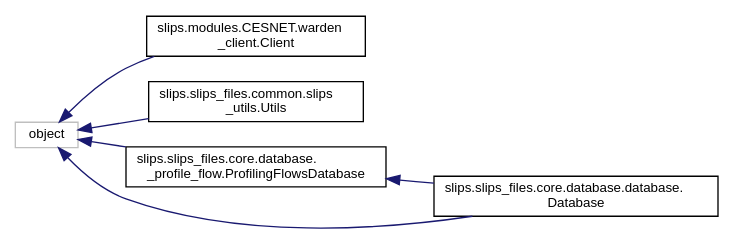
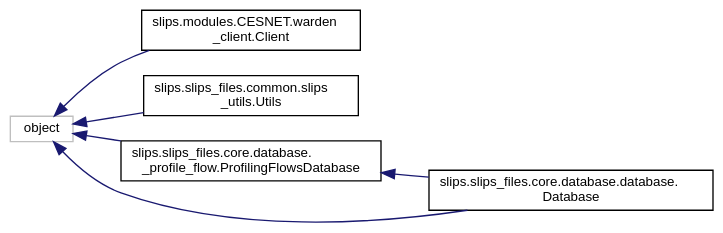
Before and after one commit to stratosphereips/StratosphereLinuxIPS: the diagram in docs/inherit_graph_2.dot, drawn with Graphviz. The commit also changed 345 other files, not shown here.

```diff
--- a/docs/inherit_graph_2.dot
+++ b/docs/inherit_graph_2.dot
@@ -1,17 +1,18 @@
 digraph "Graphical Class Hierarchy"
 {
  // LATEX_PDF_SIZE
+  bgcolor="transparent";
   edge [fontname="Helvetica",fontsize="10",labelfontname="Helvetica",labelfontsize="10"];
   node [fontname="Helvetica",fontsize="10",shape=record];
   rankdir="LR";
-  Node34 [label="object",height=0.2,width=0.4,color="grey75", fillcolor="white", style="filled",tooltip=" "];
+  Node34 [label="object",height=0.2,width=0.4,color="grey75",tooltip=" "];
   Node34 -> Node0 [dir="back",color="midnightblue",fontsize="10",style="solid",fontname="Helvetica"];
-  Node0 [label="slips.modules.CESNET.warden\l_client.Client",height=0.2,width=0.4,color="black", fillcolor="white", style="filled",URL="$d4/dba/classslips_1_1modules_1_1CESNET_1_1warden__client_1_1Client.html",tooltip=" "];
+  Node0 [label="slips.modules.CESNET.warden\l_client.Client",height=0.2,width=0.4,color="black",URL="$d2/dc5/classslips_1_1modules_1_1_c_e_s_n_e_t_1_1warden__client_1_1_client.html",tooltip=" "];
   Node34 -> Node36 [dir="back",color="midnightblue",fontsize="10",style="solid",fontname="Helvetica"];
-  Node36 [label="slips.slips_files.common.slips\l_utils.Utils",height=0.2,width=0.4,color="black", fillcolor="white", style="filled",URL="$d7/d2e/classslips_1_1slips__files_1_1common_1_1slips__utils_1_1Utils.html",tooltip=" "];
+  Node36 [label="slips.slips_files.common.slips\l_utils.Utils",height=0.2,width=0.4,color="black",URL="$d2/d48/classslips_1_1slips__files_1_1common_1_1slips__utils_1_1_utils.html",tooltip=" "];
   Node34 -> Node37 [dir="back",color="midnightblue",fontsize="10",style="solid",fontname="Helvetica"];
-  Node37 [label="slips.slips_files.core.database.\l_profile_flow.ProfilingFlowsDatabase",height=0.2,width=0.4,color="black", fillcolor="white", style="filled",URL="$d6/d35/classslips_1_1slips__files_1_1core_1_1database_1_1__profile__flow_1_1ProfilingFlowsDatabase.html",tooltip=" "];
+  Node37 [label="slips.slips_files.core.database.\l_profile_flow.ProfilingFlowsDatabase",height=0.2,width=0.4,color="black",URL="$d9/d7c/classslips_1_1slips__files_1_1core_1_1database_1_1__profile__flow_1_1_profiling_flows_database.html",tooltip=" "];
   Node37 -> Node38 [dir="back",color="midnightblue",fontsize="10",style="solid",fontname="Helvetica"];
-  Node38 [label="slips.slips_files.core.database.database.\lDatabase",height=0.2,width=0.4,color="black", fillcolor="white", style="filled",URL="$d2/df5/classslips_1_1slips__files_1_1core_1_1database_1_1database_1_1Database.html",tooltip=" "];
+  Node38 [label="slips.slips_files.core.database.database.\lDatabase",height=0.2,width=0.4,color="black",URL="$d4/d3f/classslips_1_1slips__files_1_1core_1_1database_1_1database_1_1_database.html",tooltip=" "];
   Node34 -> Node38 [dir="back",color="midnightblue",fontsize="10",style="solid",fontname="Helvetica"];
 }
```
